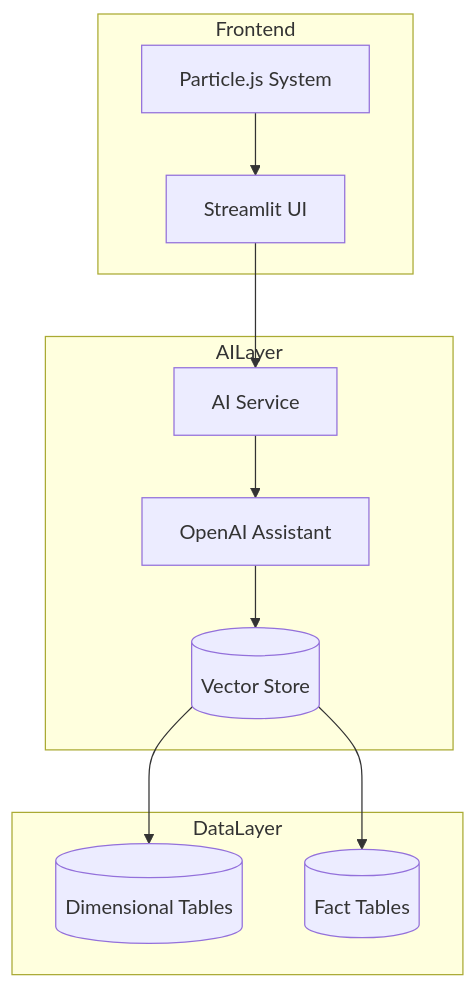
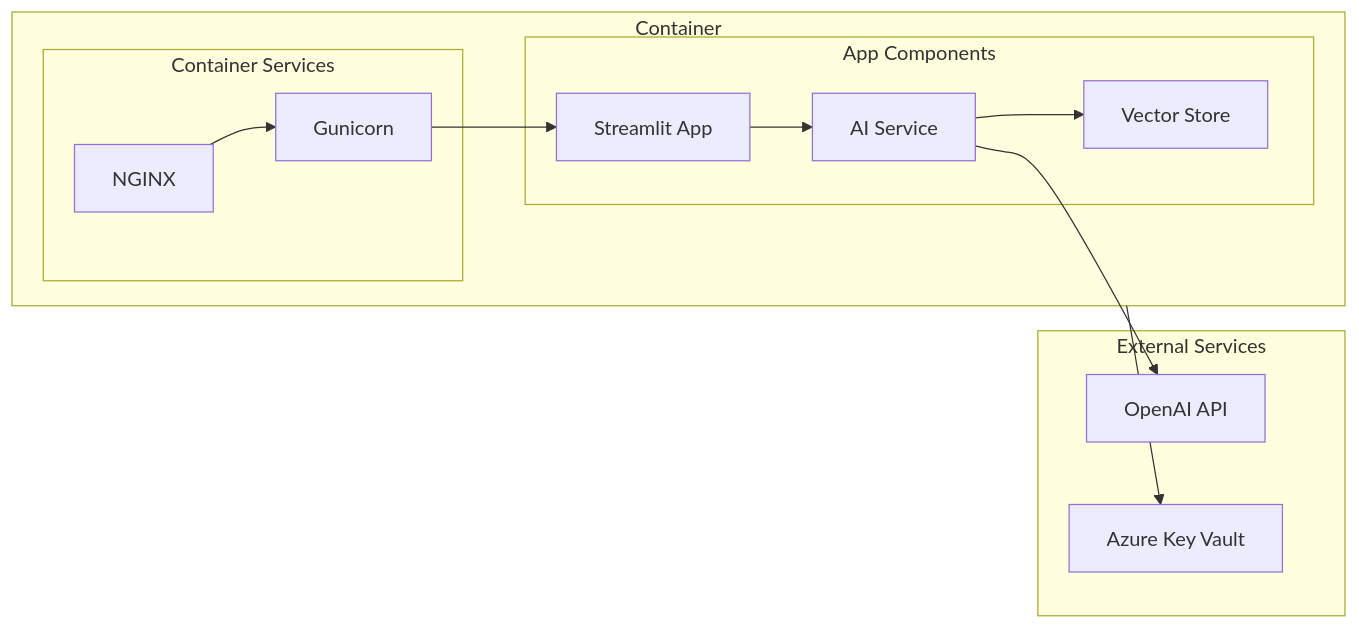
Before and after one commit to Ads2024/Demo-Assistant-API-AI: the second of 4 diagrams in architecture.md, drawn with Mermaid. The commit also changed other lines of this file and 1 other file, not shown here.

Commit message:
updated readme and architecture.md

````diff
--- a/architecture.md
+++ b/architecture.md
@@ -9,25 +43,27 @@
 ```mermaid
-flowchart TD
-    subgraph Frontend
-        UI[Streamlit UI]
-        PS[Particle.js System]
+flowchart LR
+    subgraph Container
+        subgraph App Components
+            ST[Streamlit App]
+            AI[AI Service]
+            VS[Vector Store]
+        end
+        
+        subgraph Container Services
+            NX[NGINX]
+            GU[Gunicorn]
+        end
     end
 
-    subgraph AILayer
-        AS[AI Service]
-        VDB[(Vector Store)]
-        OAI[OpenAI Assistant]
+    subgraph External Services
+        OAI[OpenAI API]
+        AKV[Azure Key Vault]
     end
 
-    subgraph DataLayer
-        DIM[(Dimensional Tables)]
-        FACT[(Fact Tables)]
-    end
-
-    UI --> AS
-    PS --> UI
-    AS --> OAI
-    OAI --> VDB
-    VDB --> DIM
-    VDB --> FACT
+    NX --> GU
+    GU --> ST
+    ST --> AI
+    AI --> VS
+    AI --> OAI
+    Container --> AKV
 ```
````
